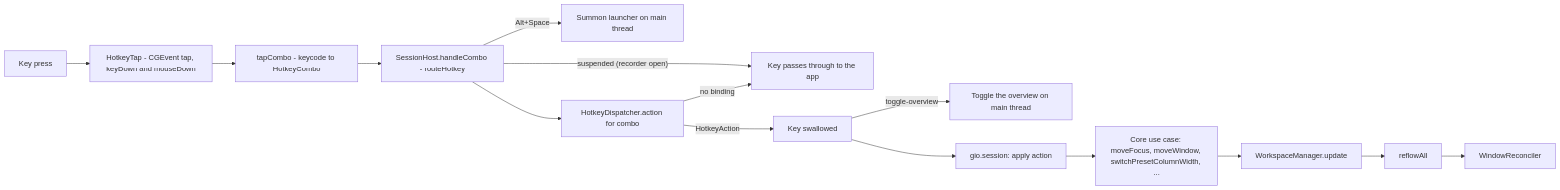
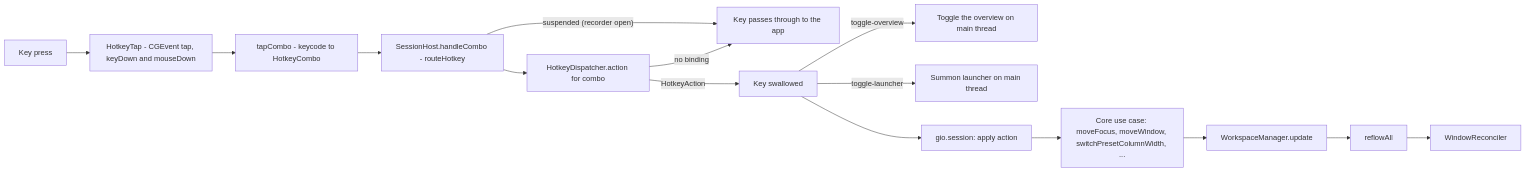
The third of 6 diagrams in docs/ARCHITECTURE.md (ismaelosuna7824/gio), drawn with Mermaid before and after one commit. The commit also changed other lines of this file and 24 other files, not shown here.

````diff
--- a/docs/ARCHITECTURE.md
+++ b/docs/ARCHITECTURE.md
@@ -411,17 +411,17 @@
 ```mermaid
 flowchart LR
     Key["Key press"] --> Tap["HotkeyTap - CGEvent tap, keyDown and mouseDown"]
     Tap --> Combo["tapCombo - keycode to HotkeyCombo"]
     Combo --> Handle["SessionHost.handleCombo - routeHotkey"]
     Handle -->|"suspended (recorder open)"| Pass["Key passes through to the app"]
-    Handle -->|"Alt+Space"| Launcher["Summon launcher on main thread"]
     Handle --> Disp["HotkeyDispatcher.action for combo"]
     Disp -->|"no binding"| Pass
     Disp -->|"HotkeyAction"| Swallow["Key swallowed"]
     Swallow -->|"toggle-overview"| Overview["Toggle the overview on main thread"]
+    Swallow -->|"toggle-launcher"| Launcher["Summon launcher on main thread"]
     Swallow --> Apply["gio.session: apply action"]
     Apply --> UseCase["Core use case: moveFocus, moveWindow, switchPresetColumnWidth, ..."]
     UseCase --> Manager["WorkspaceManager.update"]
     Manager --> Reflow["reflowAll"]
     Reflow --> Rec["WindowReconciler"]
 ```
````
